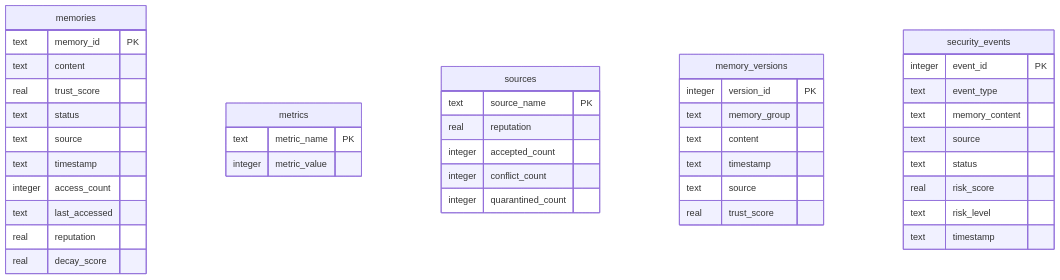
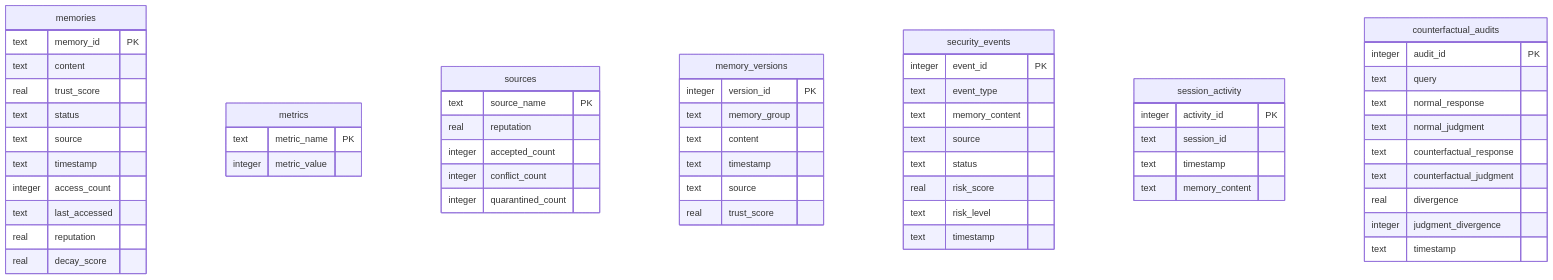
One commit to VedzKun/DigiFortress changed the diagram in docs/phase1_design.md. Above: the diagram before and after it, drawn with Mermaid. The commit also changed other lines of this file and 4 other files, not shown here.

````diff
--- a/docs/phase1_design.md
+++ b/docs/phase1_design.md
@@ -75,44 +125,61 @@
 ```mermaid
 erDiagram
     memories {
         text memory_id PK
         text content
         real trust_score
         text status
         text source
         text timestamp
         integer access_count
         text last_accessed
         real reputation
         real decay_score
     }
     metrics {
         text metric_name PK
         integer metric_value
     }
     sources {
         text source_name PK
         real reputation
         integer accepted_count
         integer conflict_count
         integer quarantined_count
     }
     memory_versions {
         integer version_id PK
         text memory_group
         text content
         text timestamp
         text source
         real trust_score
     }
     security_events {
         integer event_id PK
         text event_type
         text memory_content
         text source
         text status
         real risk_score
         text risk_level
         text timestamp
     }
+    session_activity {
+        integer activity_id PK
+        text session_id
+        text timestamp
+        text memory_content
+    }
+    counterfactual_audits {
+        integer audit_id PK
+        text query
+        text normal_response
+        text normal_judgment
+        text counterfactual_response
+        text counterfactual_judgment
+        real divergence
+        integer judgment_divergence
+        text timestamp
+    }
 ```
````
